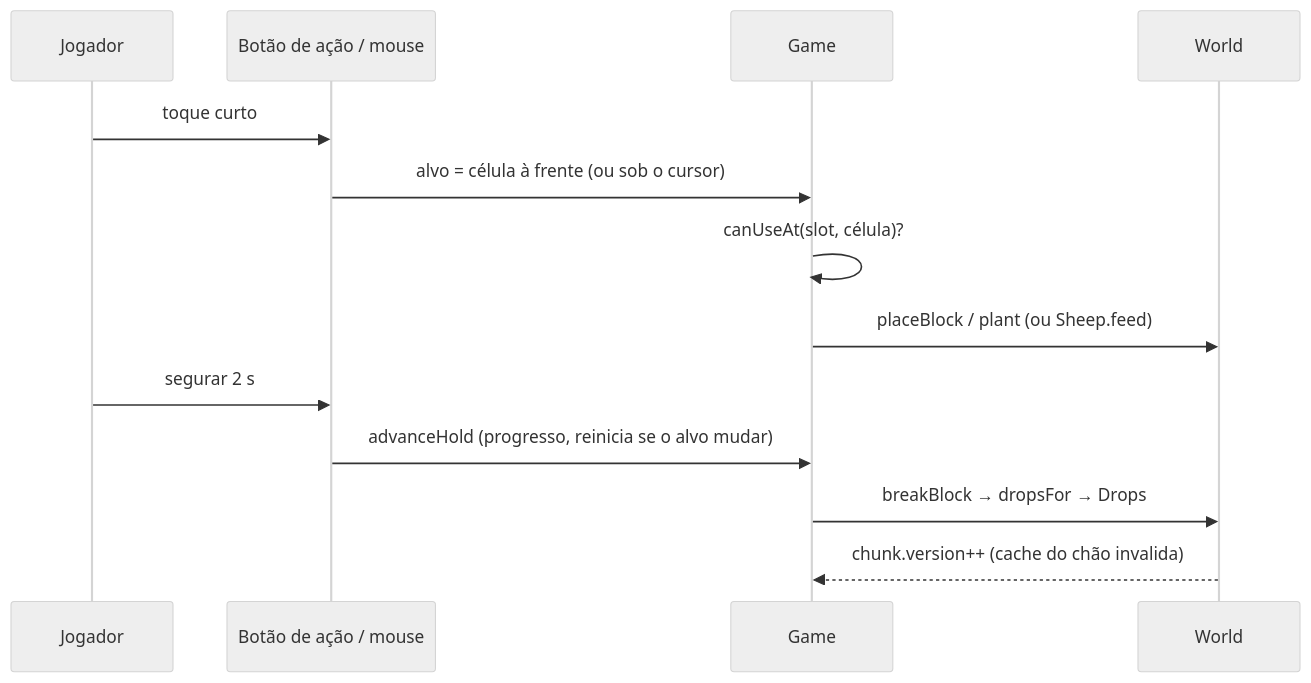
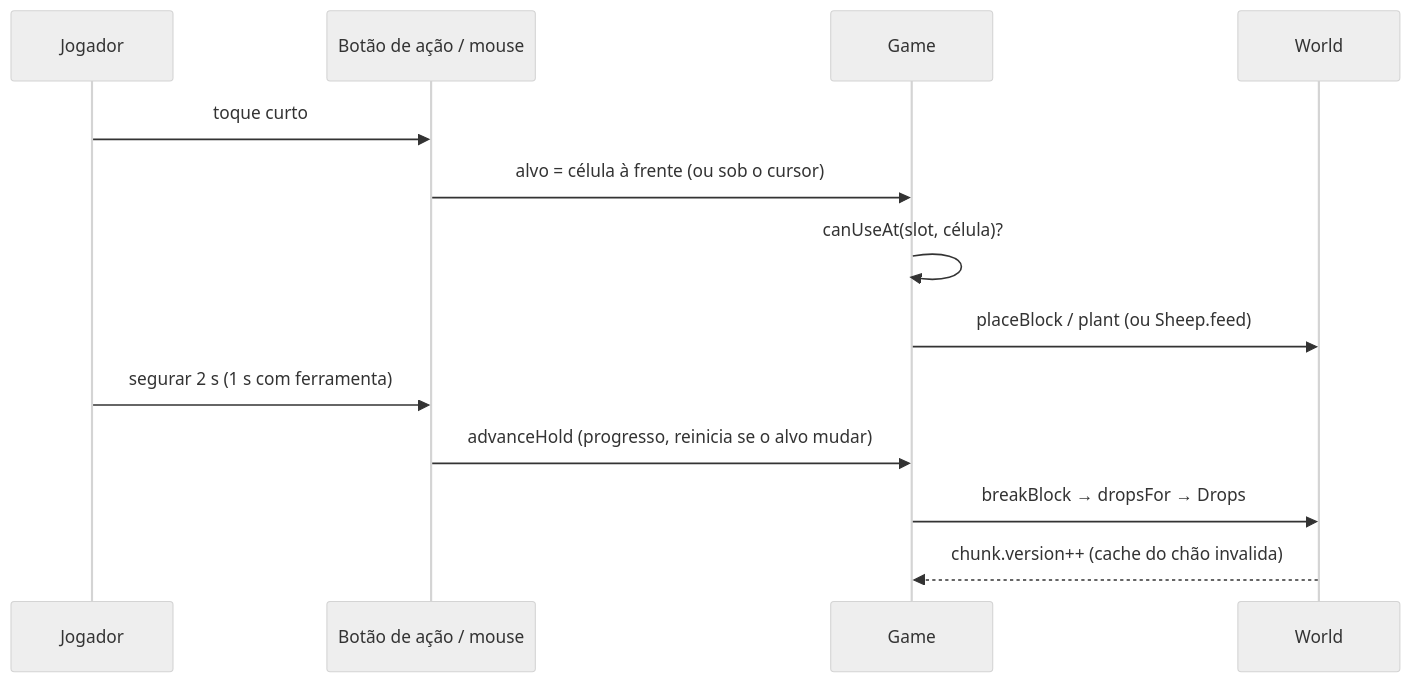
Before and after one commit to maiam/mundoblocos-2d: the sixth of 7 diagrams in docs/MAPS.md, drawn with Mermaid (neutral theme). The commit also changed other lines of this file and 12 other files, not shown here.

First line of the commit message:
Porta só entre batentes de madeira; quebrar com ferramenta leva 1 s

````diff
--- a/docs/MAPS.md
+++ b/docs/MAPS.md
@@ -106,15 +106,15 @@
 ```mermaid
 sequenceDiagram
   participant U as Jogador
   participant B as Botão de ação / mouse
   participant G as Game
   participant W as World
   U->>B: toque curto
   B->>G: alvo = célula à frente (ou sob o cursor)
   G->>G: canUseAt(slot, célula)?
   G->>W: placeBlock / plant  (ou Sheep.feed)
-  U->>B: segurar 2 s
+  U->>B: segurar 2 s (1 s com ferramenta)
   B->>G: advanceHold (progresso, reinicia se o alvo mudar)
   G->>W: breakBlock → dropsFor → Drops
   W-->>G: chunk.version++ (cache do chão invalida)
 ```
````
